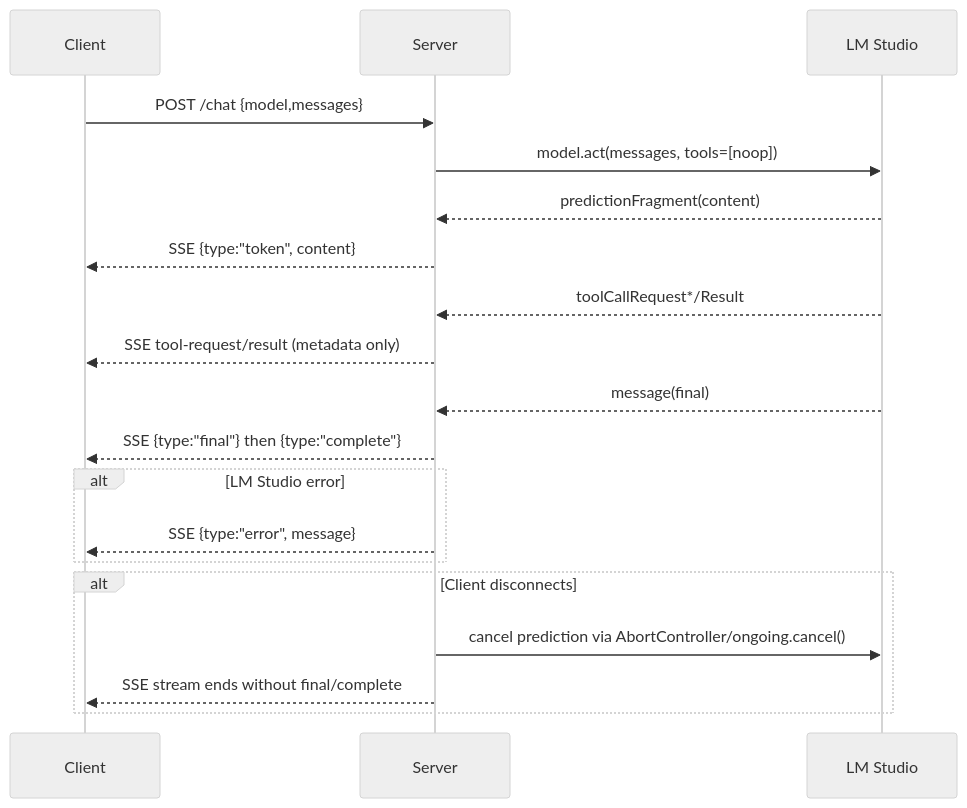
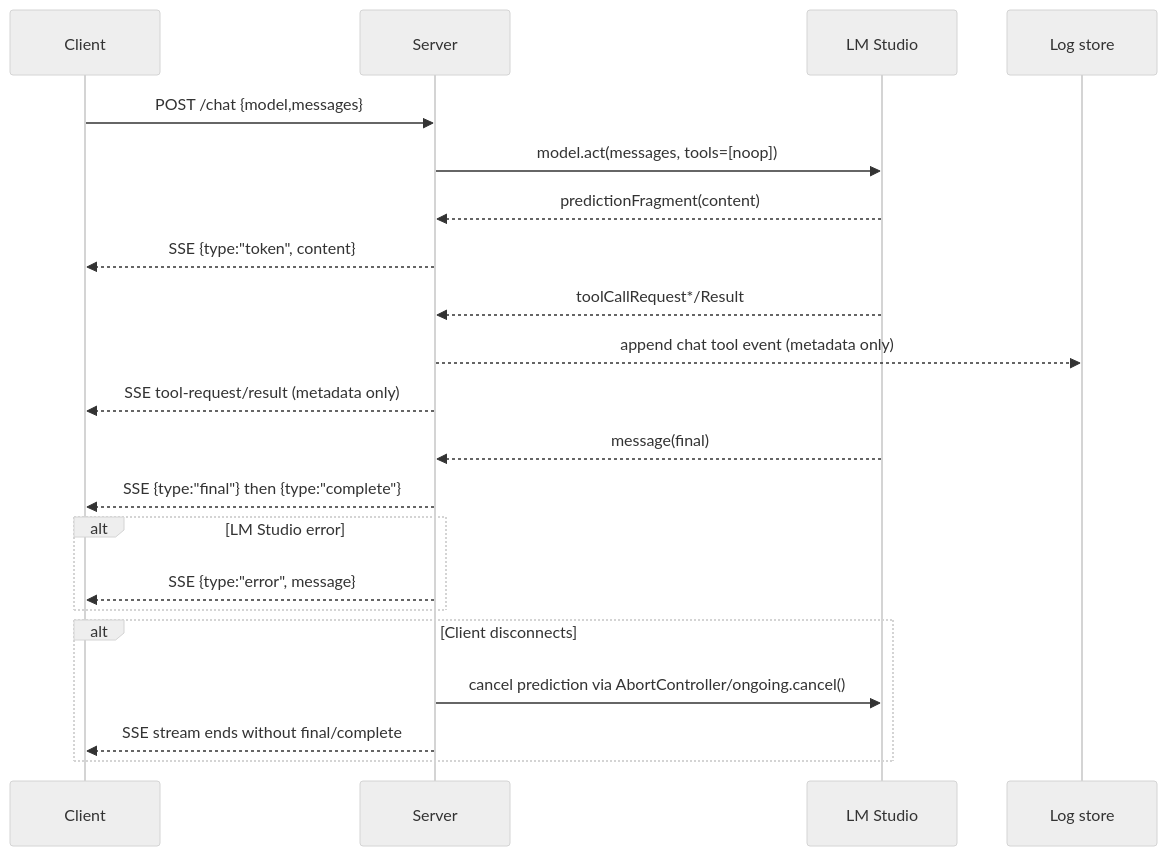
The sixth of 11 diagrams in design.md (Chargeuk/codeInfo2), drawn with Mermaid (neutral theme) before and after one commit. The commit also changed other lines of this file and 10 other files, not shown here.

````diff
--- a/design.md
+++ b/design.md
@@ -183,21 +184,23 @@
 ```mermaid
 sequenceDiagram
   participant Client
   participant Server
   participant LM as LM Studio
+  participant Logs as Log store
   Client->>Server: POST /chat {model,messages}
   Server->>LM: model.act(messages, tools=[noop])
   LM-->>Server: predictionFragment(content)
   Server-->>Client: SSE {type:"token", content}
   LM-->>Server: toolCallRequest*/Result
+  Server-->>Logs: append chat tool event (metadata only)
   Server-->>Client: SSE tool-request/result (metadata only)
   LM-->>Server: message(final)
   Server-->>Client: SSE {type:"final"} then {type:"complete"}
   alt LM Studio error
     Server-->>Client: SSE {type:"error", message}
   end
     alt Client disconnects
       Server->>LM: cancel prediction via AbortController/ongoing.cancel()
       Server-->>Client: SSE stream ends without final/complete
     end
   ```
````
